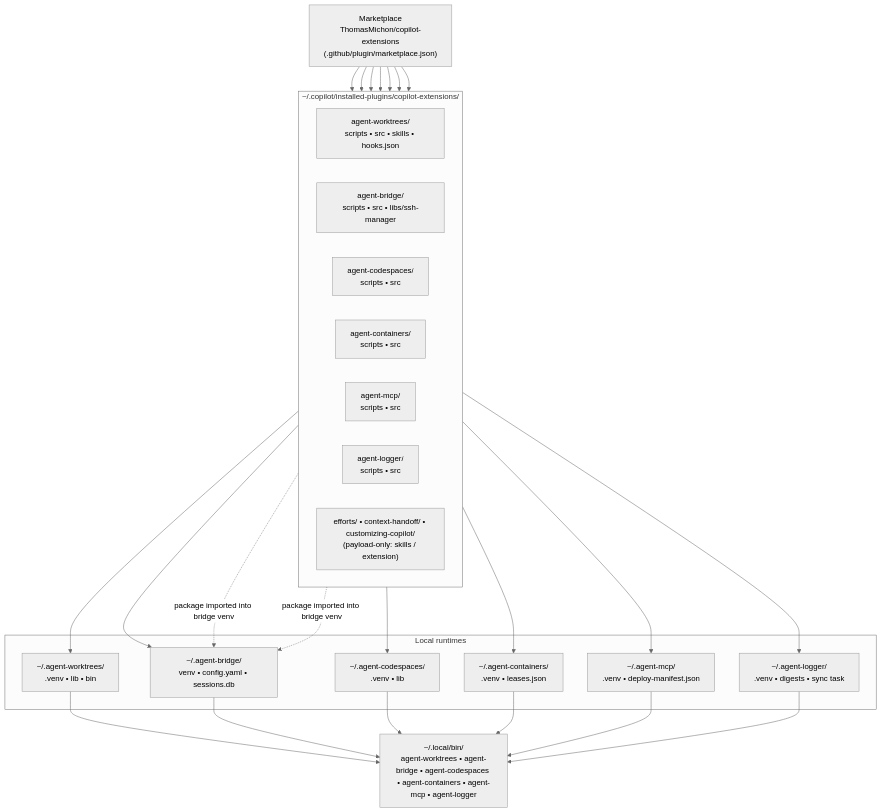
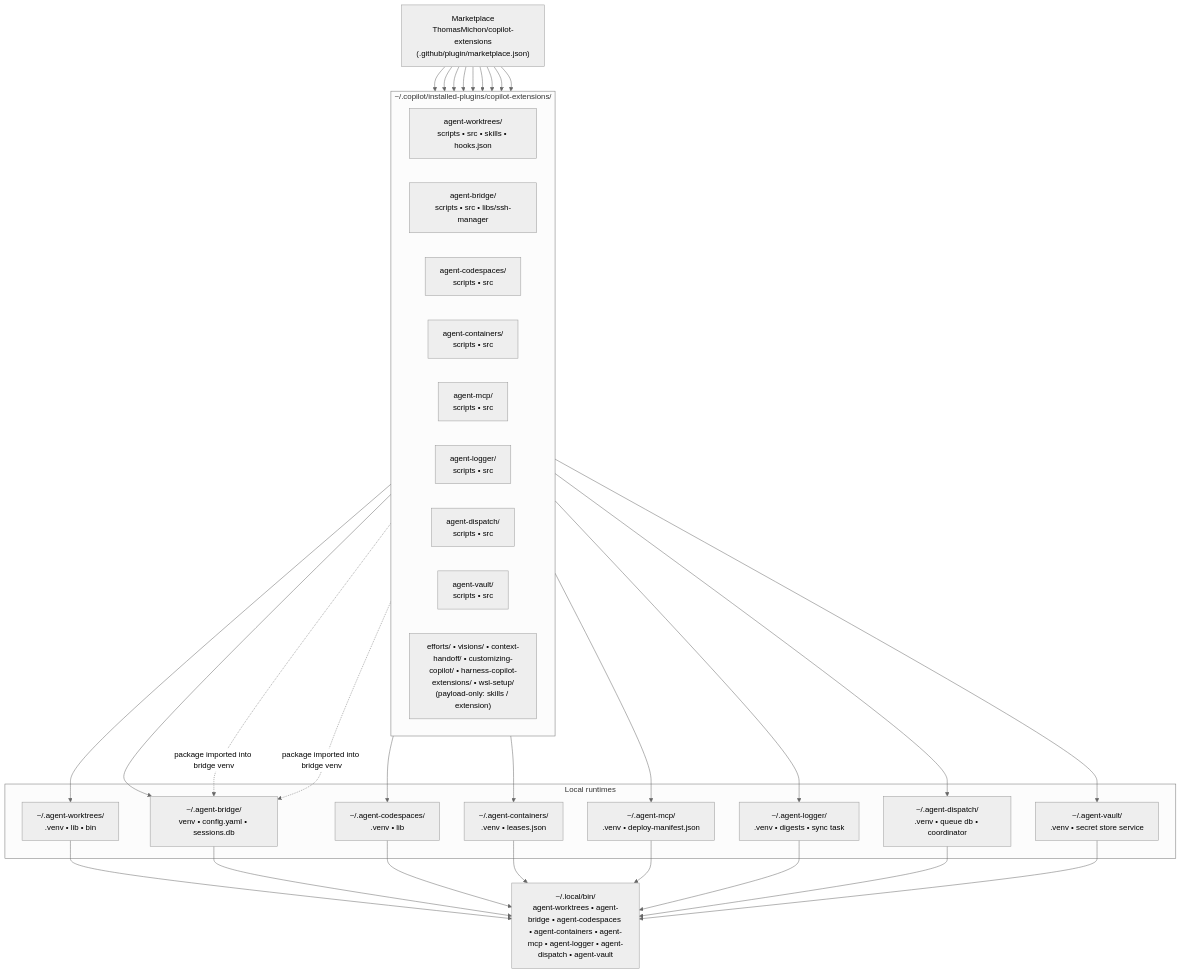
The first of 4 diagrams in docs/architecture.md (ThomasMichon/copilot-extensions), drawn with Mermaid (neutral theme) before and after one commit. The commit also changed other lines of this file and 5 other files, not shown here.

First line of the commit message:
docs: reflect the full plugin roster (de-drift AGENTS.md tree; add wsl-setup / agent-dispatch / agent-vault where missing)

````diff
--- a/docs/architecture.md
+++ b/docs/architecture.md
@@ -52,38 +53,46 @@
 ```mermaid
 flowchart TB
     MP["Marketplace<br/>ThomasMichon/copilot-extensions<br/>(.github/plugin/marketplace.json)"]
     subgraph IP["~/.copilot/installed-plugins/copilot-extensions/"]
       direction LR
       AW["agent-worktrees/<br/>scripts • src • skills • hooks.json"]
       AB["agent-bridge/<br/>scripts • src • libs/ssh-manager"]
       AC["agent-codespaces/<br/>scripts • src"]
       AN["agent-containers/<br/>scripts • src"]
       AM["agent-mcp/<br/>scripts • src"]
       AL["agent-logger/<br/>scripts • src"]
-      PO["efforts/ • context-handoff/ • customizing-copilot/<br/>(payload-only: skills / extension)"]
+      AD["agent-dispatch/<br/>scripts • src"]
+      AV["agent-vault/<br/>scripts • src"]
+      PO["efforts/ • visions/ • context-handoff/ • customizing-copilot/ • harness-copilot-extensions/ • wsl-setup/<br/>(payload-only: skills / extension)"]
     end
     subgraph RT["Local runtimes"]
       RW["~/.agent-worktrees/<br/>.venv • lib • bin"]
       RB["~/.agent-bridge/<br/>venv • config.yaml • sessions.db"]
       RC["~/.agent-codespaces/<br/>.venv • lib"]
       RN["~/.agent-containers/<br/>.venv • leases.json"]
       RM["~/.agent-mcp/<br/>.venv • deploy-manifest.json"]
       RL["~/.agent-logger/<br/>.venv • digests • sync task"]
+      RD["~/.agent-dispatch/<br/>.venv • queue db • coordinator"]
+      RV["~/.agent-vault/<br/>.venv • secret store service"]
     end
-    BIN["~/.local/bin/<br/>agent-worktrees • agent-bridge • agent-codespaces • agent-containers • agent-mcp • agent-logger"]
+    BIN["~/.local/bin/<br/>agent-worktrees • agent-bridge • agent-codespaces • agent-containers • agent-mcp • agent-logger • agent-dispatch • agent-vault"]
     MP --> AW --> RW
     MP --> AB --> RB
     MP --> AC --> RC
     MP --> AN --> RN
     MP --> AM --> RM
     MP --> AL --> RL
+    MP --> AD --> RD
+    MP --> AV --> RV
     MP --> PO
     RW --> BIN
     RB --> BIN
     RC --> BIN
     RN --> BIN
     RM --> BIN
     RL --> BIN
+    RD --> BIN
+    RV --> BIN
     AC -.->|package imported into bridge venv| RB
     AN -.->|package imported into bridge venv| RB
 ```
````
